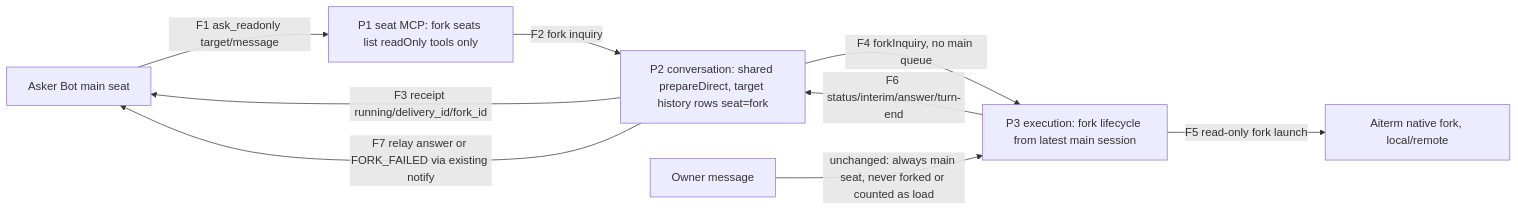
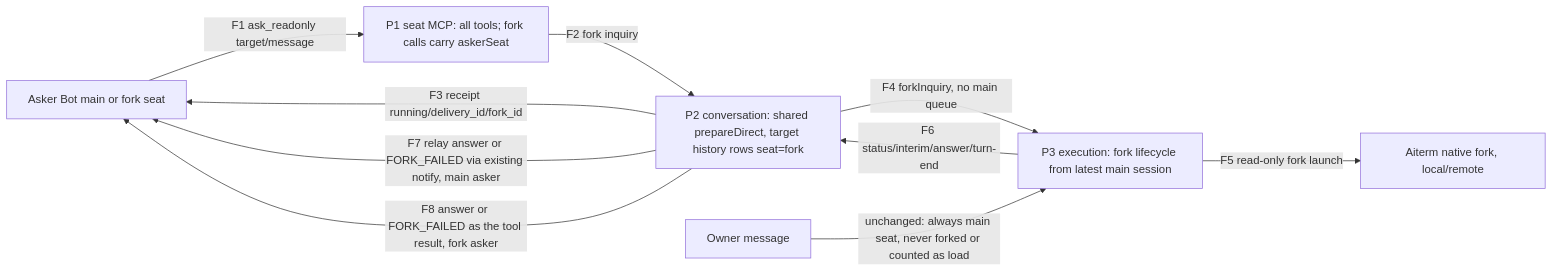
The fifth of 5 diagrams in docs/architecture/data-flow.md (kitepon/BellTeam), drawn with Mermaid before and after one commit. The commit also changed other lines of this file and 4 other files, not shown here.

First line of the commit message:
Fork-sent messages: ask_readonly from a fork returns the answer, sendmessage from a fork is labelled; BellTeam MCP row follows #963

````diff
--- a/docs/architecture/data-flow.md
+++ b/docs/architecture/data-flow.md
@@ -249,11 +249,12 @@
 ```mermaid
 flowchart LR
-  A[Asker Bot main seat] -->|F1 ask_readonly target/message| P1[P1 seat MCP: fork seats list readOnly tools only]
+  A[Asker Bot main or fork seat] -->|F1 ask_readonly target/message| P1[P1 seat MCP: all tools; fork calls carry askerSeat]
   P1 -->|F2 fork inquiry| P2[P2 conversation: shared prepareDirect, target history rows seat=fork]
   P2 -->|F3 receipt running/delivery_id/fork_id| A
   P2 -->|F4 forkInquiry, no main queue| P3[P3 execution: fork lifecycle from latest main session]
   P3 -->|F5 read-only fork launch| N[Aiterm native fork, local/remote]
   P3 -->|F6 status/interim/answer/turn-end| P2
-  P2 -->|F7 relay answer or FORK_FAILED via existing notify| A
+  P2 -->|F7 relay answer or FORK_FAILED via existing notify, main asker| A
+  P2 -->|F8 answer or FORK_FAILED as the tool result, fork asker| A
   O[Owner message] -->|unchanged: always main seat, never forked or counted as load| P3
 ```
````
